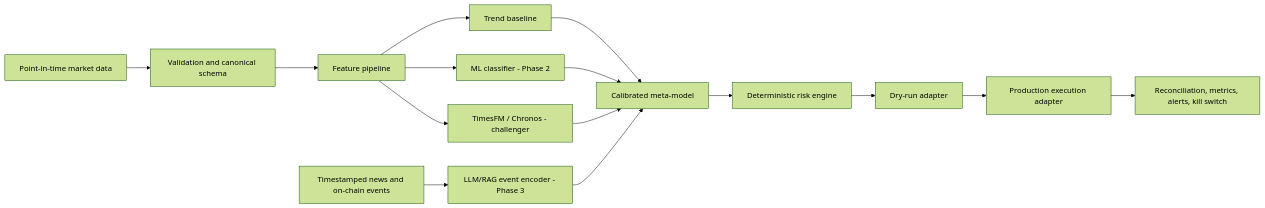
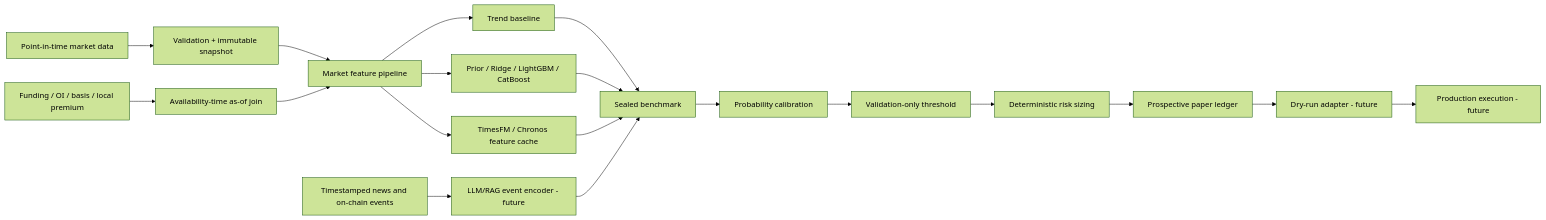
The diagram in docs/architecture.md (Emad211/Trade-bot), drawn with Mermaid (forest theme) before and after one commit. The commit also changed other lines of this file and 70 other files, not shown here.

Commit message:
add point-in-time datasets and sealed hybrid-model benchmarks

````diff
--- a/docs/architecture.md
+++ b/docs/architecture.md
@@ -7,17 +6,21 @@
 ```mermaid
 flowchart LR
-    A[Point-in-time market data] --> B[Validation and canonical schema]
-    B --> C[Feature pipeline]
-    C --> D[Trend baseline]
-    C --> E[ML classifier - Phase 2]
-    C --> F[TimesFM / Chronos - challenger]
-    G[Timestamped news and on-chain events] --> H[LLM/RAG event encoder - Phase 3]
-    D --> I[Calibrated meta-model]
-    E --> I
-    F --> I
-    H --> I
-    I --> J[Deterministic risk engine]
-    J --> K[Dry-run adapter]
-    K --> L[Production execution adapter]
-    L --> M[Reconciliation, metrics, alerts, kill switch]
+    A[Point-in-time market data] --> B[Validation + immutable snapshot]
+    B --> C[Market feature pipeline]
+    D[Funding / OI / basis / local premium] --> E[Availability-time as-of join]
+    E --> C
+    C --> F[Trend baseline]
+    C --> G[Prior / Ridge / LightGBM / CatBoost]
+    C --> H[TimesFM / Chronos feature cache]
+    I[Timestamped news and on-chain events] --> J[LLM/RAG event encoder - future]
+    F --> K[Sealed benchmark]
+    G --> K
+    H --> K
+    J --> K
+    K --> L[Probability calibration]
+    L --> M[Validation-only threshold]
+    M --> N[Deterministic risk sizing]
+    N --> O[Prospective paper ledger]
+    O --> P[Dry-run adapter - future]
+    P --> Q[Production execution - future]
 ```
````
